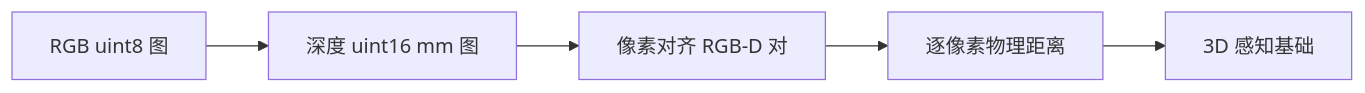
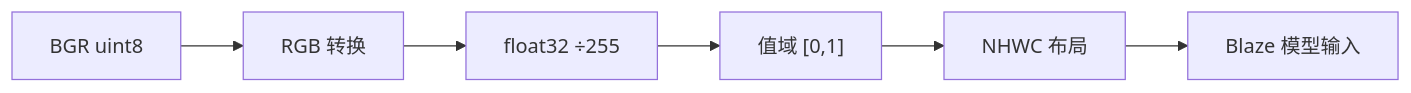
One commit to aibittek/course_generate_agent changed the third of 9 diagrams in courses/sheet1/robot_vision/_parts/experiment-8.md. Above: the diagram before and after it, drawn with Mermaid. The commit also changed other lines of this file and 98 other files, not shown here.

````diff
--- a/courses/sheet1/robot_vision/_parts/experiment-8.md
+++ b/courses/sheet1/robot_vision/_parts/experiment-8.md
@@ -146,7 +201,8 @@
 ```mermaid
 graph LR
-    A[RGB uint8 图] --> B[深度 uint16 mm 图]
-    B --> C[像素对齐 RGB-D 对]
-    C --> D[逐像素物理距离]
-    D --> E[3D 感知基础]
+    A[BGR uint8] --> B[RGB 转换]
+    B --> C[float32 ÷255]
+    C --> D["值域 [0,1]"]
+    D --> E[NHWC 布局]
+    E --> F[Blaze 模型输入]
 ```
````
